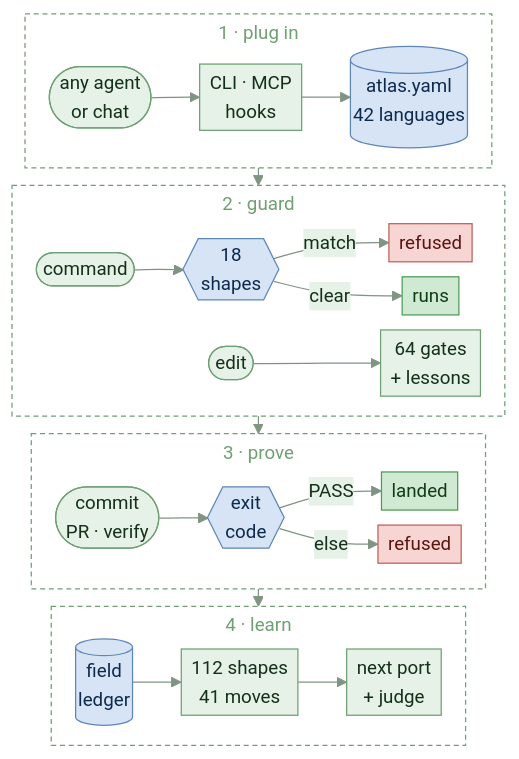
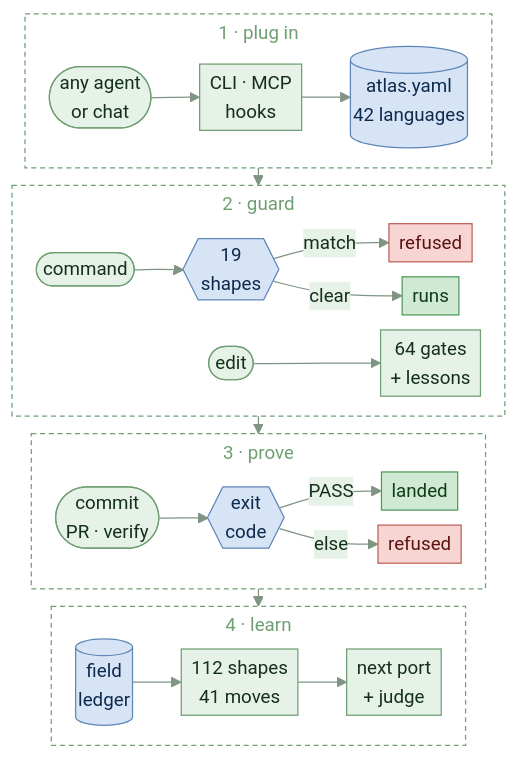
The diagram in README.md (HLIntel/Headron), drawn with Mermaid before and after one commit. The commit also changed 2 other files, not shown here.

Commit message:
shell: refuse `| head` under pipefail; the producer dies of SIGPIPE when output exceeds the cut
A step cut a 498-line log with head -400 under set -o pipefail and failed. One shell_shapes
row, planted refuse + three allows (bounded producer, sed -n, no pipefail).

````diff
--- a/README.md
+++ b/README.md
@@ -40,52 +40,52 @@
 ```mermaid
 ---
 config:
   theme: base
   themeVariables:
     primaryColor: "#e6f2e7"
     primaryBorderColor: "#6f9f73"
     primaryTextColor: "#14301a"
     lineColor: "#7f9483"
     titleColor: "#6f9f73"
     edgeLabelBackground: "#e6f2e7"
     fontSize: "15px"
   flowchart:
     subGraphTitleMargin: {top: 4, bottom: 6}
     padding: 4
     nodeSpacing: 12
     rankSpacing: 14
 ---
 flowchart TB
   accTitle: How Thea proves a change
   accDescr: any agent, chat or model plugs in, each file routes to its gates, hooks guard, the same gates prove at commit, in CI and in thea verify, anything but PASS is refused, every verdict is kept
   subgraph ask [1 · plug in]
     direction LR
     A([any agent<br>or chat]) --> I[CLI · MCP<br>hooks] --> D[(atlas.yaml<br>42 languages)]
   end
   subgraph guard [2 · guard]
     direction LR
-    S([command]) --> W{{18<br>shapes}}
+    S([command]) --> W{{19<br>shapes}}
     W -->|match| Y[refused]
     W -->|clear| O[runs]
     E([edit]) --> L[64 gates<br>+ lessons]
   end
   subgraph run [3 · prove]
     direction LR
     H([commit<br>PR · verify]) --> V{{exit<br>code}}
     V -->|PASS| M[landed]
     V -->|else| X[refused]
   end
   subgraph learn [4 · learn]
     direction LR
     Q[(field<br>ledger)] --> F[112 shapes<br>41 moves] --> N[next port<br>+ judge]
   end
   ask --> guard --> run --> learn
   classDef band fill:none,stroke:#6f9f73,stroke-dasharray:4 3
   class ask,guard,run,learn band
   classDef stop fill:#f6d5d2,stroke:#c0605a,color:#5c1410
   classDef go fill:#cfe9d2,stroke:#4f9a58,color:#103d17
   classDef store fill:#d6e4f5,stroke:#5f86b8,color:#0d2a4d
   class X,Y stop
   class M,O go
   class D,Q,V,W store
 ```
````
